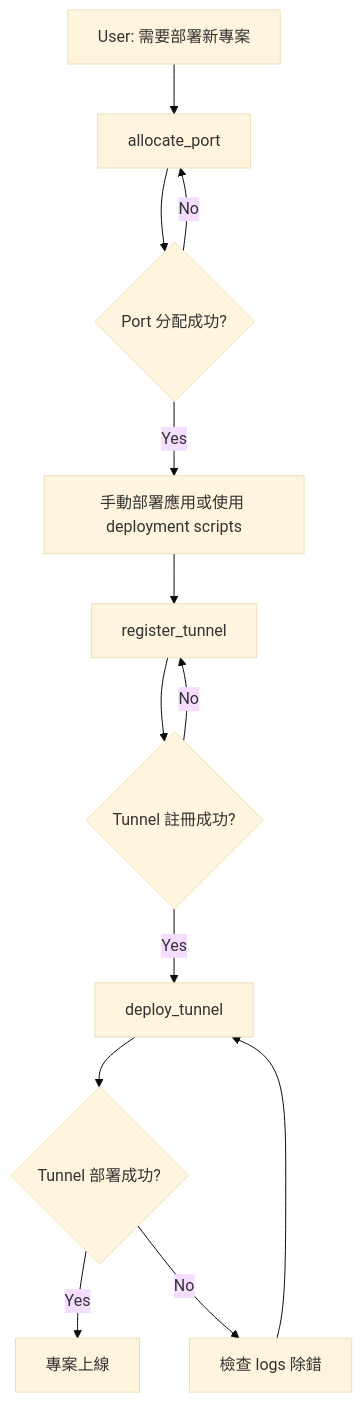
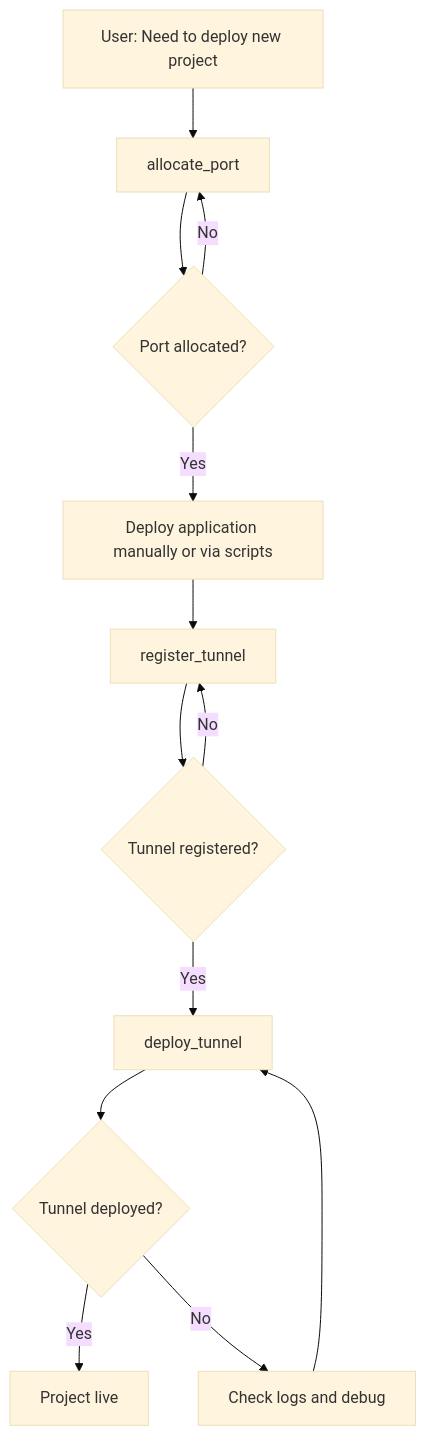
The diagram in docs/MCP-API.md (raychao-oao/infra-mcp), drawn with Mermaid (base theme) before and after one commit. The commit also changed other lines of this file and 11 other files, not shown here.

````diff
--- a/docs/MCP-API.md
+++ b/docs/MCP-API.md
@@ -802,15 +802,15 @@
 ```mermaid
 graph TD
-    A[User: 需要部署新專案] --> B[allocate_port]
-    B --> C{Port 分配成功?}
-    C -->|Yes| D[手動部署應用或使用 deployment scripts]
+    A[User: Need to deploy new project] --> B[allocate_port]
+    B --> C{Port allocated?}
+    C -->|Yes| D[Deploy application manually or via scripts]
     C -->|No| B
     D --> E[register_tunnel]
-    E --> F{Tunnel 註冊成功?}
+    E --> F{Tunnel registered?}
     F -->|Yes| G[deploy_tunnel]
     F -->|No| E
-    G --> H{Tunnel 部署成功?}
-    H -->|Yes| I[專案上線]
-    H -->|No| J[檢查 logs 除錯]
+    G --> H{Tunnel deployed?}
+    H -->|Yes| I[Project live]
+    H -->|No| J[Check logs and debug]
     J --> G
 ```
````
